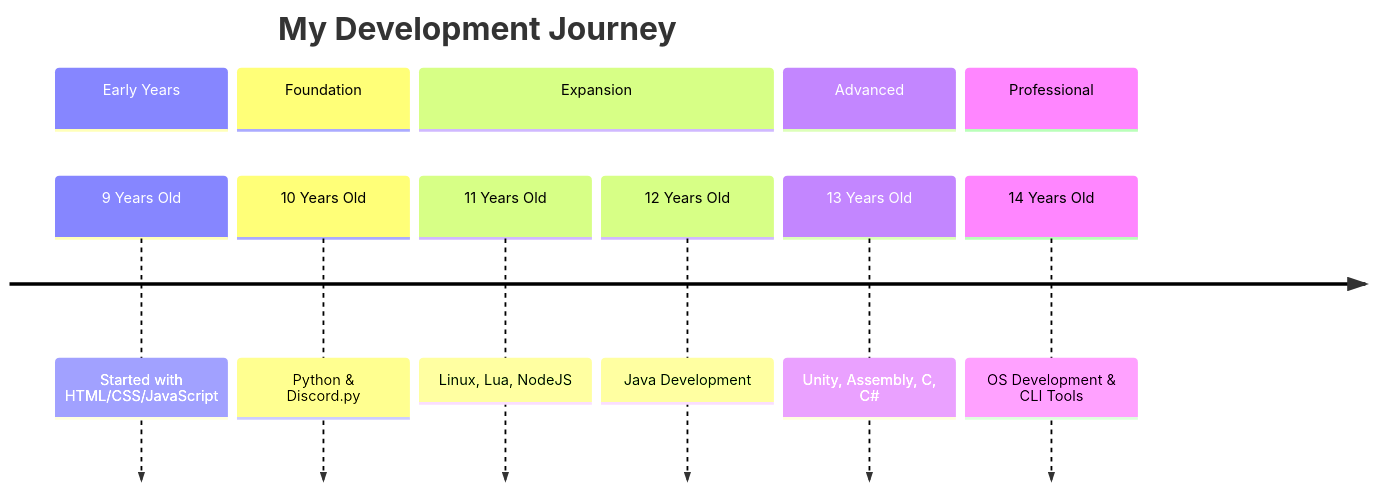
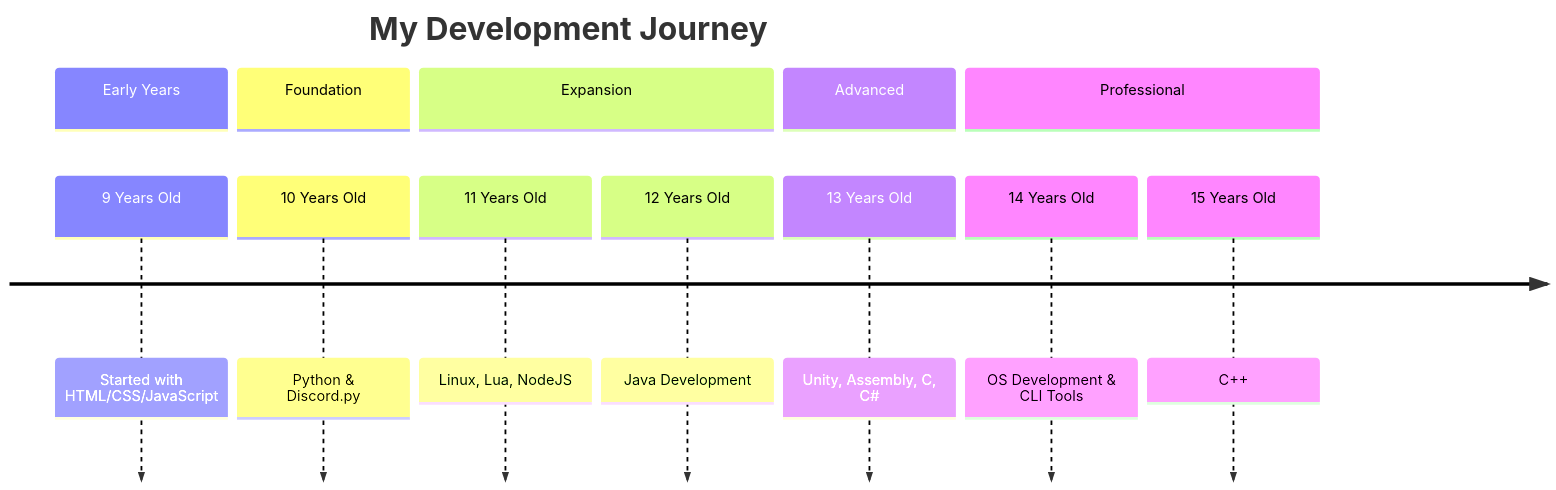
One commit to AnomalyRuntime/AnomalyRuntime changed the diagram in README.md. Above: the diagram before and after it, drawn with Mermaid.

Commit message:
Add C++ to professional skills section
I started learning c++

````diff
--- a/README.md
+++ b/README.md
@@ -100,15 +100,16 @@
 ```mermaid
 timeline
     title My Development Journey
     section Early Years
         9 Years Old : Started with HTML/CSS/JavaScript
     section Foundation
         10 Years Old : Python & Discord.py
     section Expansion
         11 Years Old : Linux, Lua, NodeJS
         12 Years Old : Java Development
     section Advanced
         13 Years Old : Unity, Assembly, C, C#
     section Professional
         14 Years Old : OS Development & CLI Tools
+        15 Years Old : C++
 ```
````
